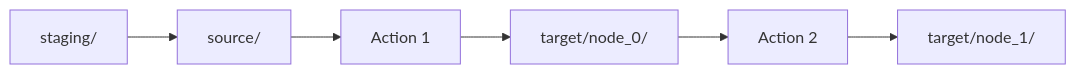
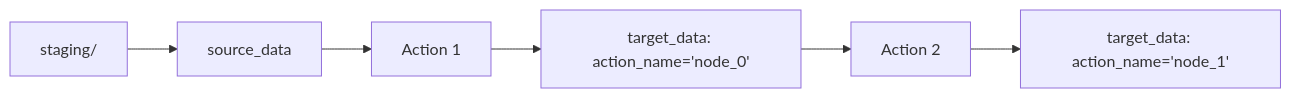
One commit to Muizzkolapo/agent-actions changed the diagram in docs.agent-actions/docs/reference/data-io/index.md. Above: the diagram before and after it, drawn with Mermaid. The commit also changed other lines of this file and 5 other files, not shown here.

````diff
--- a/docs.agent-actions/docs/reference/data-io/index.md
+++ b/docs.agent-actions/docs/reference/data-io/index.md
@@ -86,8 +84,8 @@
 ```mermaid
 flowchart LR
-    ST[staging/] --> SR[source/]
+    ST[staging/] --> SR[source_data]
     SR --> A1[Action 1]
-    A1 --> T1[target/node_0/]
+    A1 --> T1[target_data: action_name='node_0']
     T1 --> A2[Action 2]
-    A2 --> T2[target/node_1/]
+    A2 --> T2[target_data: action_name='node_1']
 ```
````
